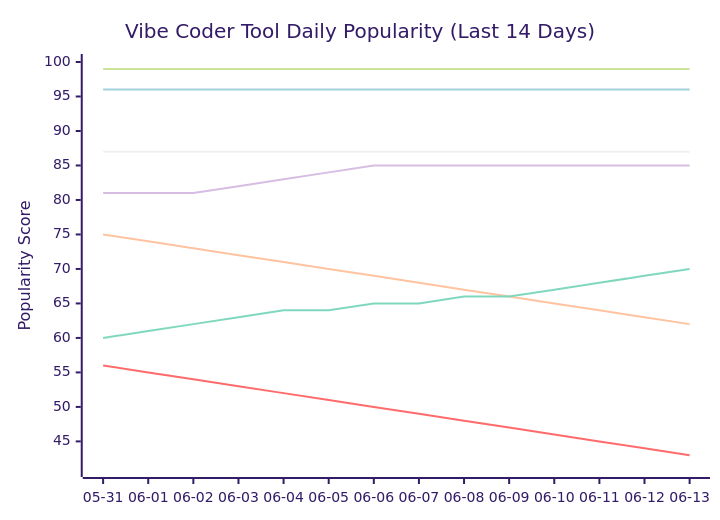
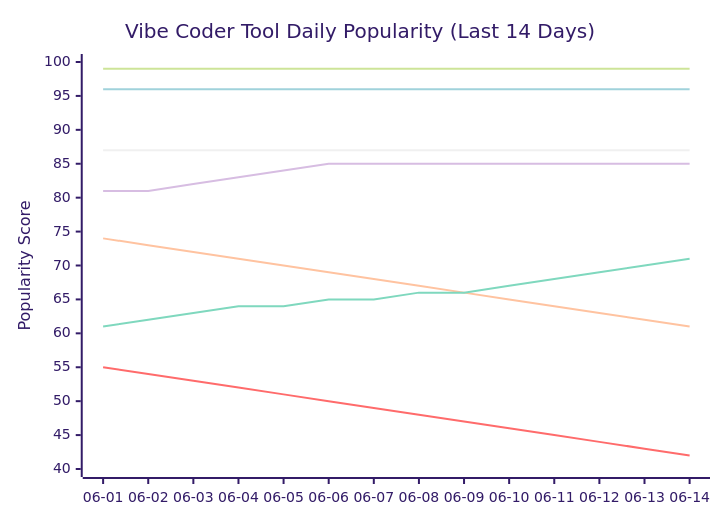
One commit to tykimos/ai-whatchelin changed the seventh of 11 diagrams in README.md. Above: the diagram before and after it, drawn with Mermaid (forest theme). The commit also changed other lines of this file and 4 other files, not shown here.

````diff
--- a/README.md
+++ b/README.md
@@ -1570,13 +1577,13 @@
 ```mermaid
 xychart-beta
     title "Vibe Coder Tool Daily Popularity (Last 14 Days)"
-    x-axis ["05-31", "06-01", "06-02", "06-03", "06-04", "06-05", "06-06", "06-07", "06-08", "06-09", "06-10", "06-11", "06-12", "06-13"]
-    y-axis "Popularity Score" 41 --> 100
+    x-axis ["06-01", "06-02", "06-03", "06-04", "06-05", "06-06", "06-07", "06-08", "06-09", "06-10", "06-11", "06-12", "06-13", "06-14"]
+    y-axis "Popularity Score" 40 --> 100
     line "Claude Code" [99, 99, 99, 99, 99, 99, 99, 99, 99, 99, 99, 99, 99, 99]
-    line "GH Copilot" [56, 55, 54, 53, 52, 51, 50, 49, 48, 47, 46, 45, 44, 43]
+    line "GH Copilot" [55, 54, 53, 52, 51, 50, 49, 48, 47, 46, 45, 44, 43, 42]
     line "Cursor" [96, 96, 96, 96, 96, 96, 96, 96, 96, 96, 96, 96, 96, 96]
-    line "Windsurf" [81, 81, 81, 82, 83, 84, 85, 85, 85, 85, 85, 85, 85, 85]
+    line "Windsurf" [81, 81, 82, 83, 84, 85, 85, 85, 85, 85, 85, 85, 85, 85]
     line "Codex CLI" [87, 87, 87, 87, 87, 87, 87, 87, 87, 87, 87, 87, 87, 87]
-    line "Gemini CLI" [75, 74, 73, 72, 71, 70, 69, 68, 67, 66, 65, 64, 63, 62]
-    line "Antigravity" [60, 61, 62, 63, 64, 64, 65, 65, 66, 66, 67, 68, 69, 70]
+    line "Gemini CLI" [74, 73, 72, 71, 70, 69, 68, 67, 66, 65, 64, 63, 62, 61]
+    line "Antigravity" [61, 62, 63, 64, 64, 65, 65, 66, 66, 67, 68, 69, 70, 71]
 ```
````
